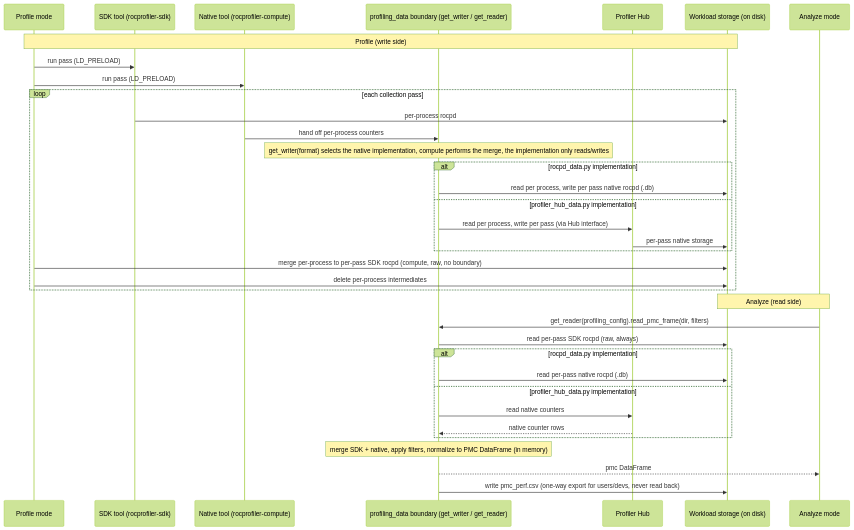
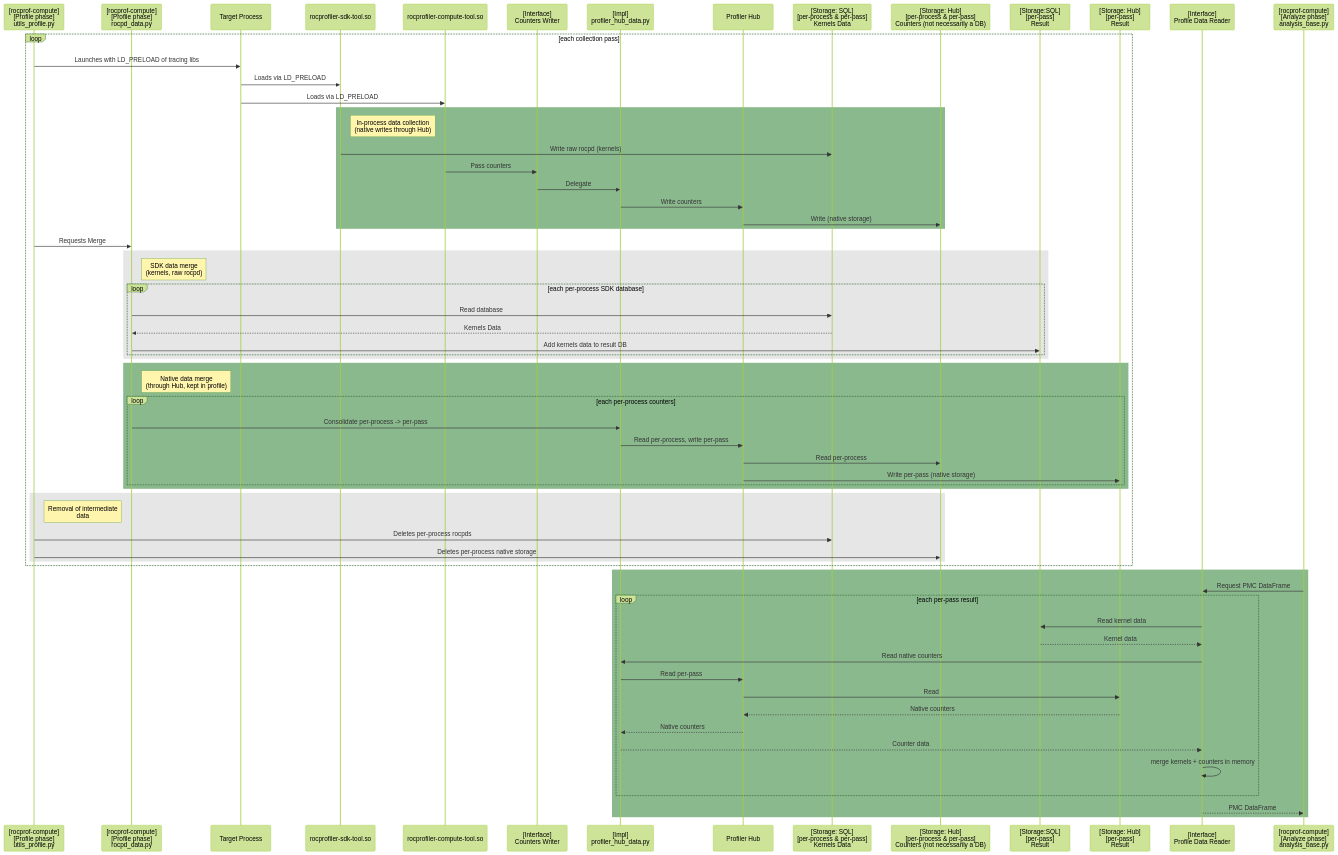
The seventh of 7 diagrams in projects/rocprofiler-compute/docs/design/profile_interface_architecture.md (ROCm/rocm-systems), drawn with Mermaid (forest theme) before and after one commit. The commit also changed other lines of this file, not shown here.

Commit message:
consolidate phases and sequence diagrams into HLD

````diff
--- a/projects/rocprofiler-compute/docs/design/profile_interface_architecture.md
+++ b/projects/rocprofiler-compute/docs/design/profile_interface_architecture.md
@@ -283,40 +598,72 @@
 ```mermaid
 sequenceDiagram
-    participant Profile as Profile mode
-    participant SDK as SDK tool (rocprofiler-sdk)
-    participant Native as Native tool (rocprofiler-compute)
-    participant Boundary as profiling_data boundary (get_writer / get_reader)
-    participant Hub as Profiler Hub
-    participant Store as Workload storage (on disk)
-    participant Analyze as Analyze mode
+    participant computeLauncher as [rocprof-compute]<br>[Profile phase]<br>utils_profile.py
+    participant computeMerger as [rocprof-compute]<br>[Profile phase]<br>rocpd_data.py
+    participant process as Target Process
+    participant sdkTool as rocprofiler-sdk-tool.so
+    participant computeTool as rocprofiler-compute-tool.so
+    participant countersWriter as [Interface]<br> Counters Writer
+    participant hubImpl as [Impl]<br>profiler_hub_data.py
+    participant hub as Profiler Hub
+    participant sdkData as [Storage: SQL]<br>[per-process & per-pass]<br>Kernels Data
+    participant hubStore as [Storage: Hub]<br>[per-process & per-pass]<br>Counters (not necessarily a DB)
+    participant resultDb as [Storage:SQL]<br>[per-pass]<br>Result
+    participant hubResult as [Storage: Hub]<br>[per-pass]<br>Result
+    participant profileData as [Interface]<br>Profile Data Reader
+    participant computeAnalyze as [rocprof-compute]<br>[Analyze phase]<br>analysis_base.py
 
-    note over Profile, Store: Profile (write side)
-    Profile->>SDK: run pass (LD_PRELOAD)
-    Profile->>Native: run pass (LD_PRELOAD)
     loop each collection pass
-        SDK->>Store: per-process rocpd
-        Native->>Boundary: hand off per-process counters
-        note over Boundary: get_writer(format) selects the native implementation, compute performs the merge, the implementation only reads/writes
-        alt rocpd_data.py implementation
-            Boundary->>Store: read per process, write per pass native rocpd (.db)
-        else profiler_hub_data.py implementation
-            Boundary->>Hub: read per process, write per pass (via Hub interface)
-            Hub->>Store: per-pass native storage
+        computeLauncher->>process: Launches with LD_PRELOAD of tracing libs
+        process->>sdkTool: Loads via LD_PRELOAD
+        process->>computeTool: Loads via LD_PRELOAD
+
+        rect rgb(138, 185, 142)
+        note right of sdkTool: In-process data collection<br>(native writes through Hub)
+            sdkTool->>sdkData: Write raw rocpd (kernels)
+            computeTool->>countersWriter: Pass counters
+            countersWriter->>hubImpl: Delegate
+            hubImpl->>hub: Write counters
+            hub->>hubStore: Write (native storage)
         end
-        Profile->>Store: merge per-process to per-pass SDK rocpd (compute, raw, no boundary)
-        Profile->>Store: delete per-process intermediates
+
+        computeLauncher->>computeMerger: Requests Merge
+        rect rgb(230, 230, 230)
+        note right of computeMerger: SDK data merge<br>(kernels, raw rocpd)
+            loop each per-process SDK database
+                computeMerger->>sdkData: Read database
+                sdkData-->>computeMerger: Kernels Data
+                computeMerger->>resultDb: Add kernels data to result DB
+            end
+        end
+        rect rgb(138, 185, 142)
+        note right of computeMerger: Native data merge<br>(through Hub, kept in profile)
+            loop each per-process counters
+                computeMerger->>hubImpl: Consolidate per-process -> per-pass
+                hubImpl->>hub: Read per-process, write per-pass
+                hub->>hubStore: Read per-process
+                hub->>hubResult: Write per-pass (native storage)
+            end
+        end
+
+        rect rgb(230, 230, 230)
+        note right of computeLauncher: Removal of intermediate<br>data
+            computeLauncher->>sdkData: Deletes per-process rocpds
+            computeLauncher->>hubStore: Deletes per-process native storage
+        end
     end
-
-    note over Analyze, Store: Analyze (read side)
-    Analyze->>Boundary: get_reader(profiling_config).read_pmc_frame(dir, filters)
-    Boundary->>Store: read per-pass SDK rocpd (raw, always)
-    alt rocpd_data.py implementation
-        Boundary->>Store: read per-pass native rocpd (.db)
-    else profiler_hub_data.py implementation
-        Boundary->>Hub: read native counters
-        Hub-->>Boundary: native counter rows
+    rect rgb(138, 185, 142)
+        computeAnalyze->>profileData: Request PMC DataFrame
+        loop each per-pass result
+            profileData->>resultDb: Read kernel data
+            resultDb-->>profileData: Kernel data
+            profileData->>hubImpl: Read native counters
+            hubImpl->>hub: Read per-pass
+            hub->>hubResult: Read
+            hubResult-->>hub: Native counters
+            hub-->>hubImpl: Native counters
+            hubImpl-->>profileData: Counter data
+            profileData->>profileData: merge kernels + counters in memory
+        end
+        profileData-->>computeAnalyze: PMC DataFrame
     end
-    note over Boundary: merge SDK + native, apply filters, normalize to PMC DataFrame (in memory)
-    Boundary-->>Analyze: pmc DataFrame
-    Boundary->>Store: write pmc_perf.csv (one-way export for users/devs, never read back)
 ```
````
